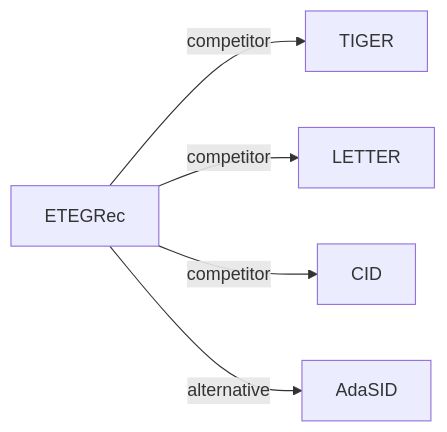
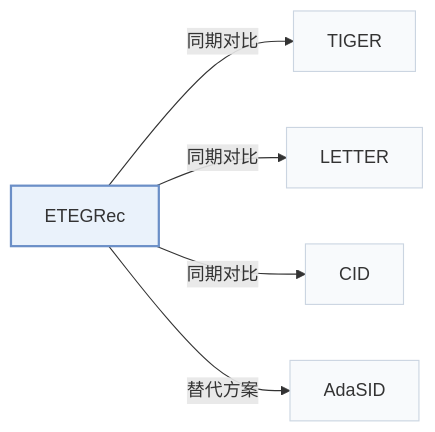
The fourth of 4 diagrams in pages/zh/papers/etegrec.md (Galaxy-ghost/Awesome-SID-Generative-Rec), drawn with Mermaid before and after one commit. The commit also changed other lines of this file and 649 other files, not shown here.

Commit message:
writer-05: also tags and modality index (schema, check, build, visuals); summary field removed; calibration data for 12 papers

````diff
--- a/pages/zh/papers/etegrec.md
+++ b/pages/zh/papers/etegrec.md
@@ -134,8 +159,12 @@
 ```mermaid
 flowchart LR
     P["ETEGRec"]
-    P -->|competitor| A["TIGER"]
-    P -->|competitor| B["LETTER"]
-    P -->|competitor| C["CID"]
-    P -->|alternative| D["AdaSID"]
+    P -->|"同期对比"| A["TIGER"]
+    P -->|"同期对比"| B["LETTER"]
+    P -->|"同期对比"| C["CID"]
+    P -->|"替代方案"| D["AdaSID"]
+    classDef main fill:#eaf2fb,stroke:#6b8fc7,stroke-width:2px
+    classDef peer fill:#f8fafc,stroke:#cbd5e1
+    class P main
+    class A,B,C,D peer
 ```
````
